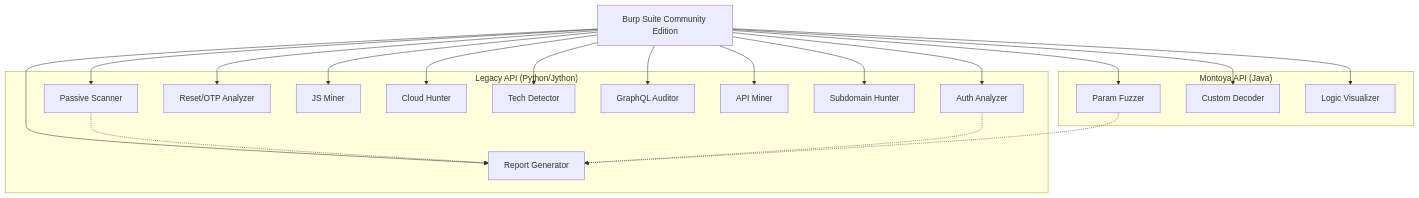
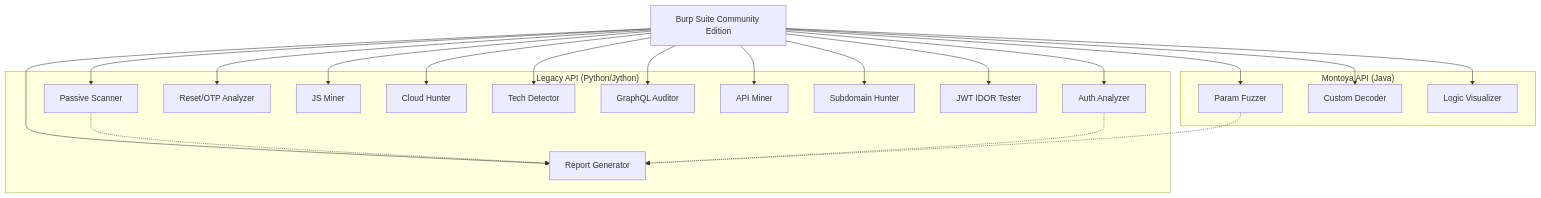
Before and after one commit to mic-cyberkid/burp-extensions-suite: the diagram in docs/architecture.md, drawn with Mermaid. The commit also changed 6 other files, not shown here.

First line of the commit message:
feat: add ruthless JWT IDOR Tester and finalize suite (total 14 extensions)

````diff
--- a/docs/architecture.md
+++ b/docs/architecture.md
@@ -7,41 +7,43 @@
 ```mermaid
 graph TD
     Burp[Burp Suite Community Edition]
 
     subgraph "Legacy API (Python/Jython)"
         PS[Passive Scanner]
         AA[Auth Analyzer]
         RG[Report Generator]
         RO[Reset/OTP Analyzer]
         JS[JS Miner]
         CH[Cloud Hunter]
         TD[Tech Detector]
         GQ[GraphQL Auditor]
         AM[API Miner]
         SH[Subdomain Hunter]
+        JI[JWT IDOR Tester]
     end
 
     subgraph "Montoya API (Java)"
         PF[Param Fuzzer]
         CD[Custom Decoder]
         LV[Logic Visualizer]
     end
 
     Burp --> PS
     Burp --> AA
     Burp --> RG
     Burp --> PF
     Burp --> CD
     Burp --> RO
     Burp --> LV
     Burp --> JS
     Burp --> CH
     Burp --> TD
     Burp --> GQ
     Burp --> AM
     Burp --> SH
+    Burp --> JI
 
     PS -.-> RG
     AA -.-> RG
     PF -.-> RG
 ```
````
